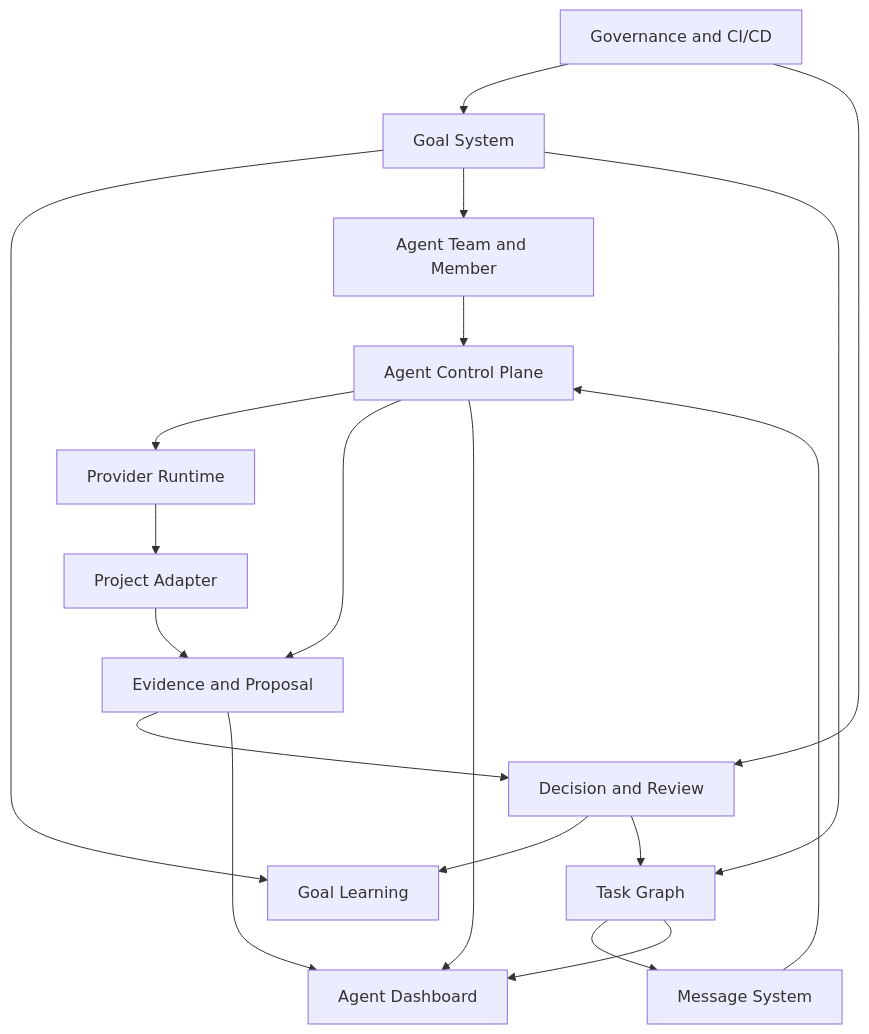
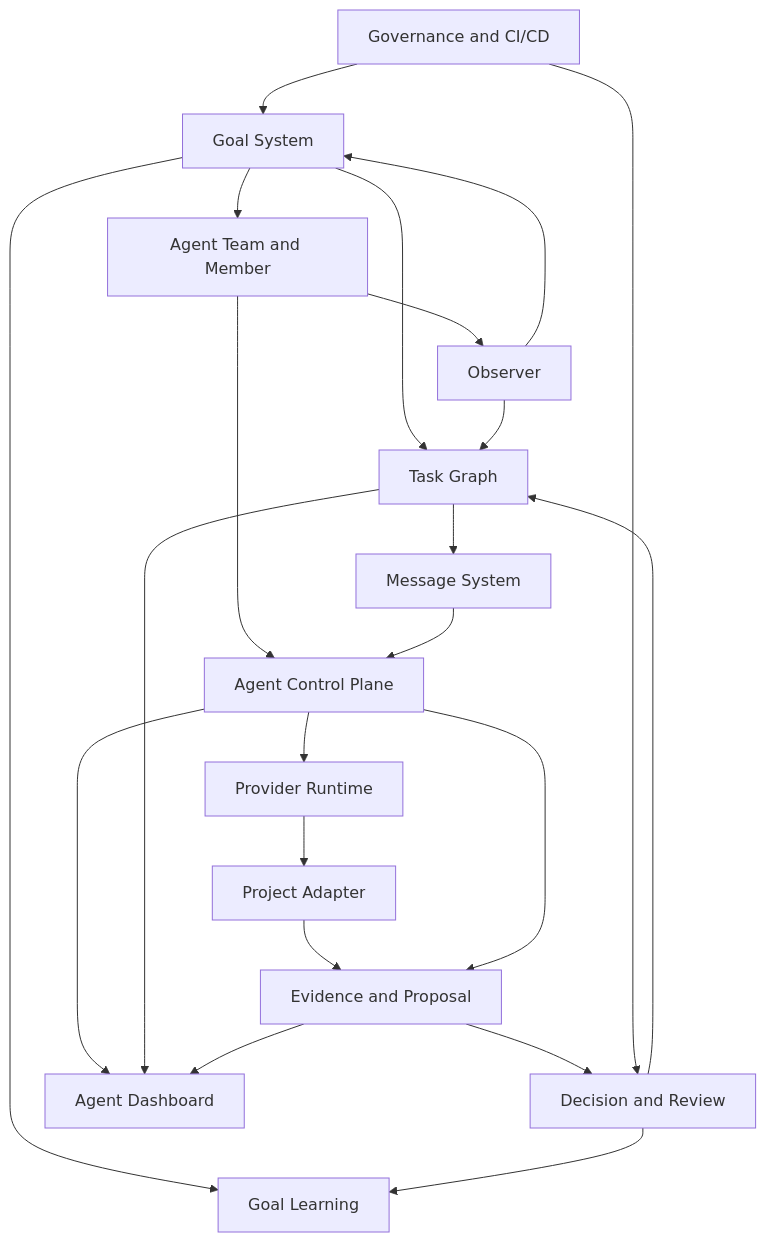
Before and after one commit to cyl19970726/multi-agent-harness: the diagram in docs/core-modules.md, drawn with Mermaid. The commit also changed other lines of this file and 10 other files, not shown here.

````diff
--- a/docs/core-modules.md
+++ b/docs/core-modules.md
@@ -55,34 +59,38 @@
 ```mermaid
 flowchart TD
   Goal[Goal System]
   Learning[Goal Learning]
   Team[Agent Team and Member]
+  Observer[Observer]
   Control[Agent Control Plane]
   Task[Task Graph]
   Msg[Message System]
   Provider[Provider Runtime]
   Adapter[Project Adapter]
   Evidence[Evidence and Proposal]
   Decision[Decision and Review]
   Dashboard[Agent Dashboard]
   Gov[Governance and CI/CD]
 
   Goal --> Learning
   Goal --> Team
   Goal --> Task
+  Team --> Observer
+  Observer --> Goal
+  Observer --> Task
   Team --> Control
   Task --> Msg
   Msg --> Control
   Control --> Provider
   Provider --> Adapter
   Adapter --> Evidence
   Control --> Evidence
   Evidence --> Decision
   Decision --> Learning
   Decision --> Task
   Control --> Dashboard
   Task --> Dashboard
   Evidence --> Dashboard
   Gov --> Goal
   Gov --> Decision
 ```
````
